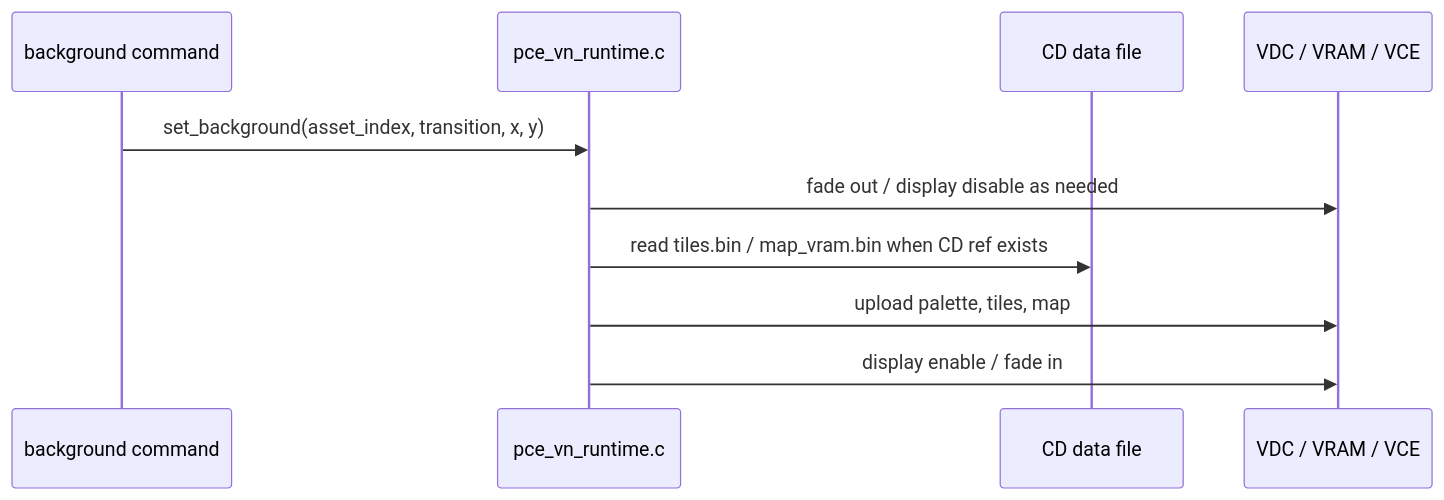
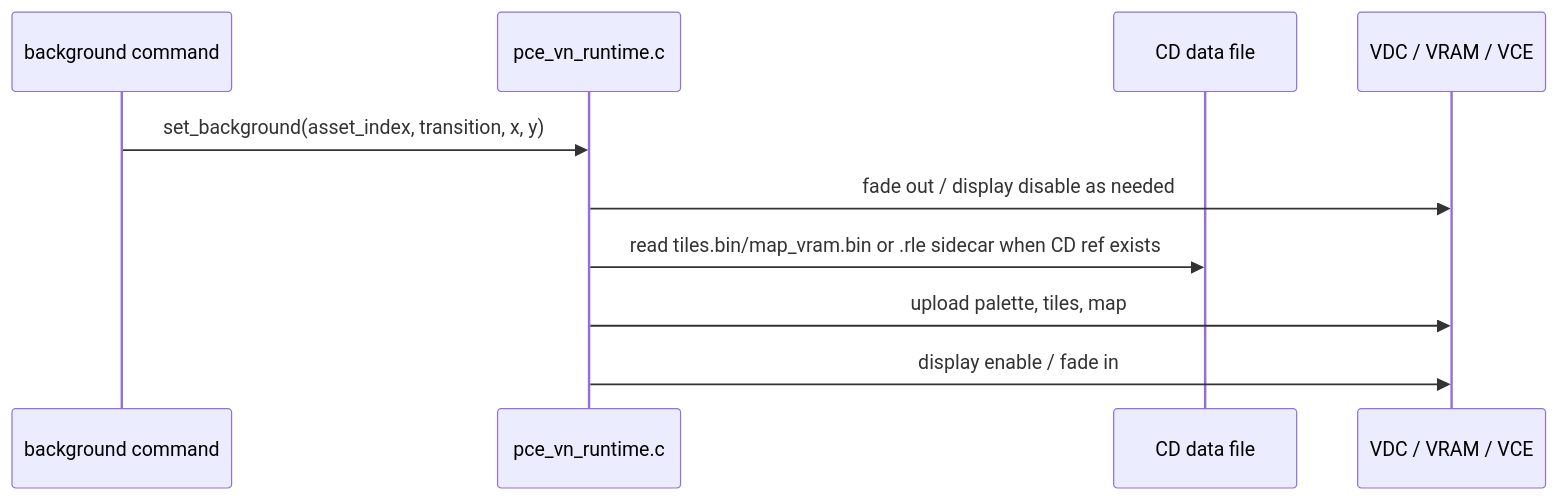
The third of 6 diagrams in docs/pce-media-programming-guide.md (HOSSIE-JP/pce-game-editor), drawn with Mermaid before and after one commit. The commit also changed other lines of this file and 63 other files, not shown here.

````diff
--- a/docs/pce-media-programming-guide.md
+++ b/docs/pce-media-programming-guide.md
@@ -583,12 +590,12 @@
 ```mermaid
 sequenceDiagram
   participant Scene as background command
   participant RT as pce_vn_runtime.c
   participant CD as CD data file
   participant VDC as VDC / VRAM / VCE
   Scene->>RT: set_background(asset_index, transition, x, y)
   RT->>VDC: fade out / display disable as needed
-  RT->>CD: read tiles.bin / map_vram.bin when CD ref exists
+  RT->>CD: read tiles.bin/map_vram.bin or .rle sidecar when CD ref exists
   RT->>VDC: upload palette, tiles, map
   RT->>VDC: display enable / fade in
 ```
````
